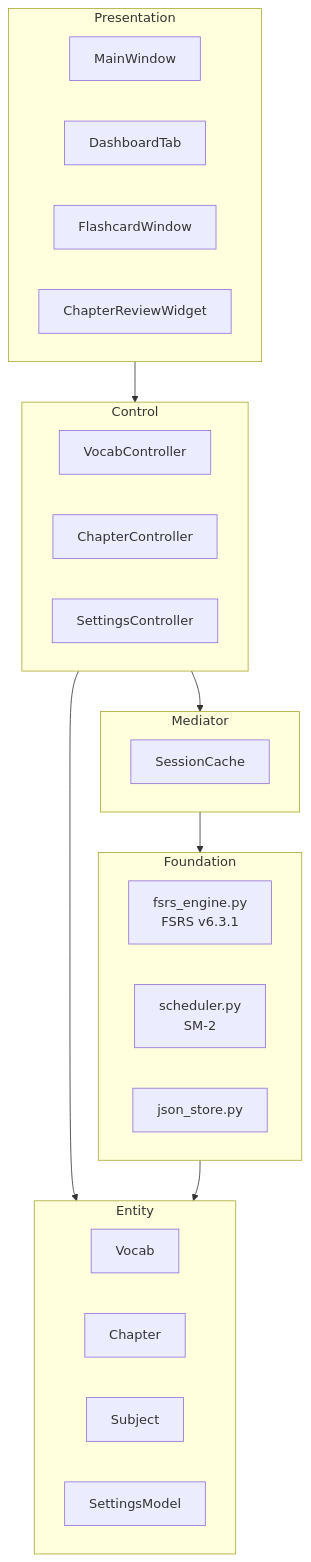
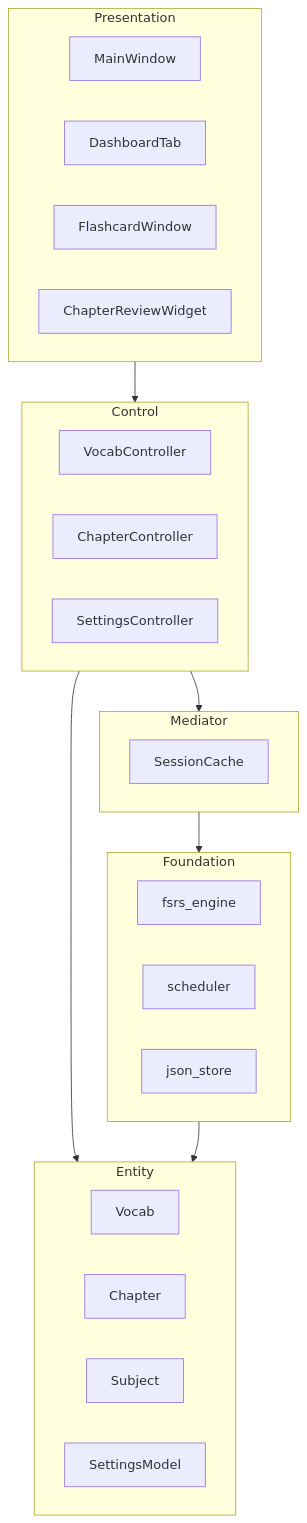
Before and after one commit to LeeChiChun/studytracker: the diagram in README.md, drawn with Mermaid.

Commit message:
fix: fix Mermaid architecture diagram syntax for GitHub rendering
- Add explicit subgraph IDs (PRES/CTRL/MED/ENT/FOUND) so cross-subgraph
  edges are unambiguous
- Remove \n from node labels (not valid Mermaid flowchart syntax)
- Simplify node labels to class/file names only

````diff
--- a/README.md
+++ b/README.md
@@ -19,38 +19,38 @@
 ```mermaid
 graph TD
-    subgraph Presentation
+    subgraph PRES[Presentation]
         MW[MainWindow]
         DT[DashboardTab]
         FW[FlashcardWindow]
         CRW[ChapterReviewWidget]
     end
 
-    subgraph Control
+    subgraph CTRL[Control]
         VC[VocabController]
         CC[ChapterController]
         SC[SettingsController]
     end
 
-    subgraph Mediator
+    subgraph MED[Mediator]
         Cache[SessionCache]
     end
 
-    subgraph Entity
+    subgraph ENT[Entity]
         Vocab[Vocab]
         Chapter[Chapter]
         Subject[Subject]
         Settings[SettingsModel]
     end
 
-    subgraph Foundation
-        FSRS[fsrs_engine.py\nFSRS v6.3.1]
-        SM2[scheduler.py\nSM-2]
-        Store[json_store.py]
+    subgraph FOUND[Foundation]
+        FSRS[fsrs_engine]
+        SM2[scheduler]
+        Store[json_store]
     end
 
-    Presentation --> Control
-    Control --> Mediator
-    Control --> Entity
-    Mediator --> Foundation
-    Foundation --> Entity
+    PRES --> CTRL
+    CTRL --> MED
+    CTRL --> ENT
+    MED --> FOUND
+    FOUND --> ENT
 ```
````
